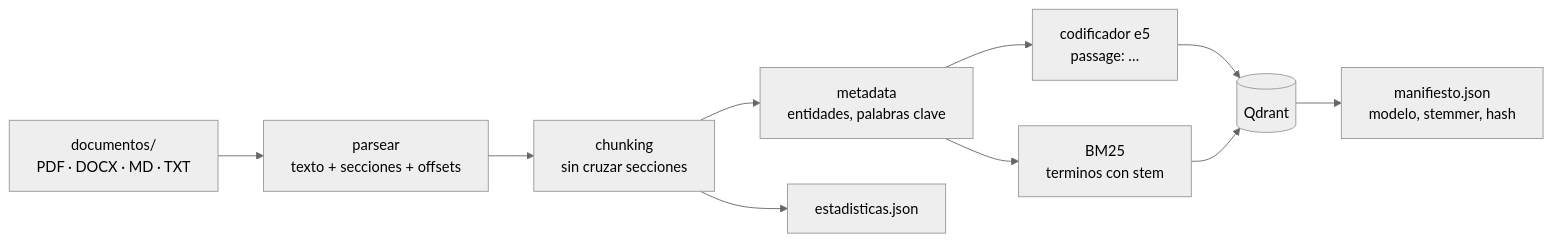
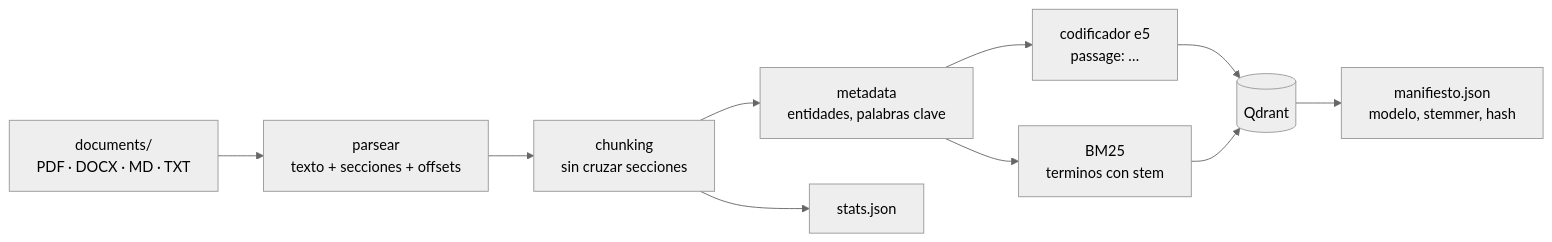
One commit to ClaudioH19/ipsis changed the fourth of 6 diagrams in docs/arquitectura.md. Above: the diagram before and after it, drawn with Mermaid (neutral theme). The commit also changed other lines of this file and 120 other files, not shown here.

````diff
--- a/docs/arquitectura.md
+++ b/docs/arquitectura.md
@@ -218,12 +218,12 @@
 ```mermaid
 flowchart LR
-    D["documentos/<br/>PDF · DOCX · MD · TXT"] --> PA[parsear<br/>texto + secciones + offsets]
+    D["documents/<br/>PDF · DOCX · MD · TXT"] --> PA[parsear<br/>texto + secciones + offsets]
     PA --> CH[chunking<br/>sin cruzar secciones]
     CH --> ME[metadata<br/>entidades, palabras clave]
     ME --> EM[codificador e5<br/>passage: …]
     ME --> BM[BM25<br/>terminos con stem]
     EM --> Q[(Qdrant)]
     BM --> Q
-    CH --> ES[estadisticas.json]
+    CH --> ES[stats.json]
     Q --> MA[manifiesto.json<br/>modelo, stemmer, hash]
 ```
````
